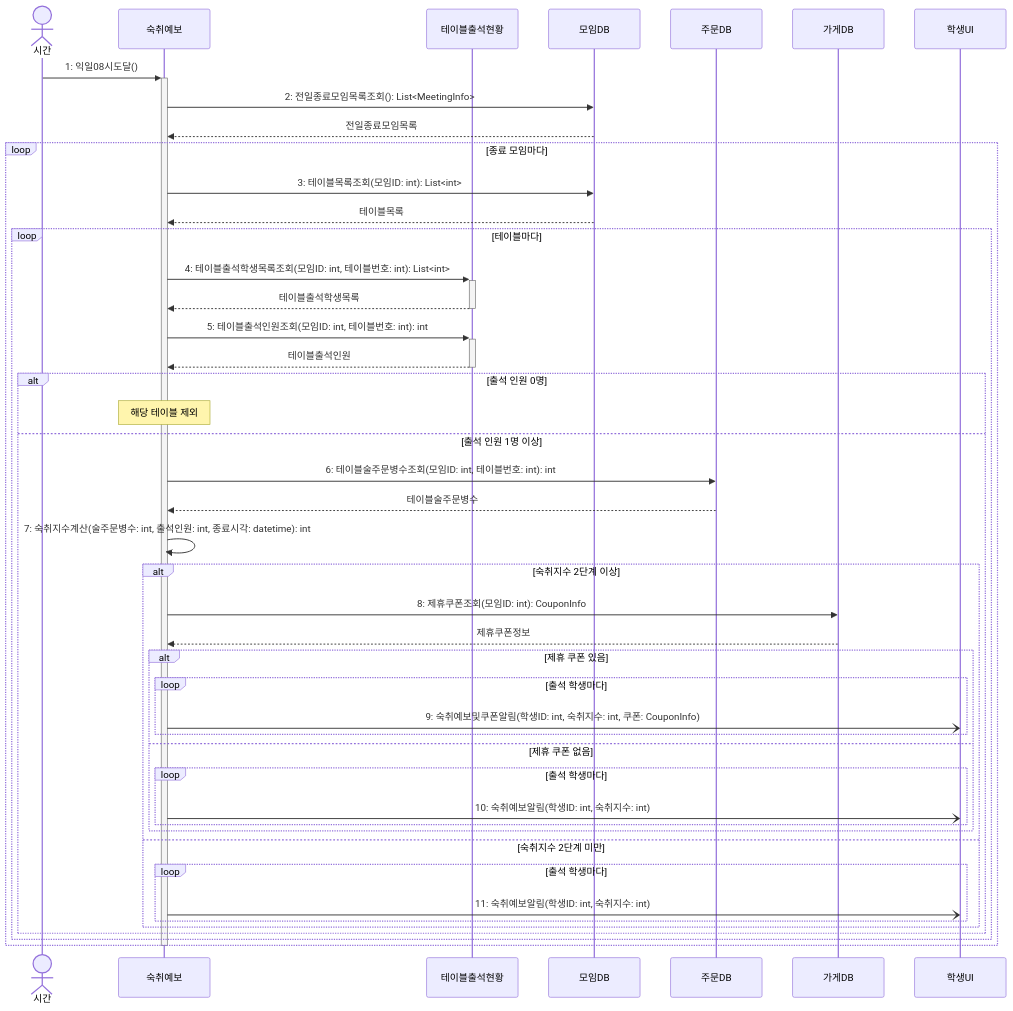
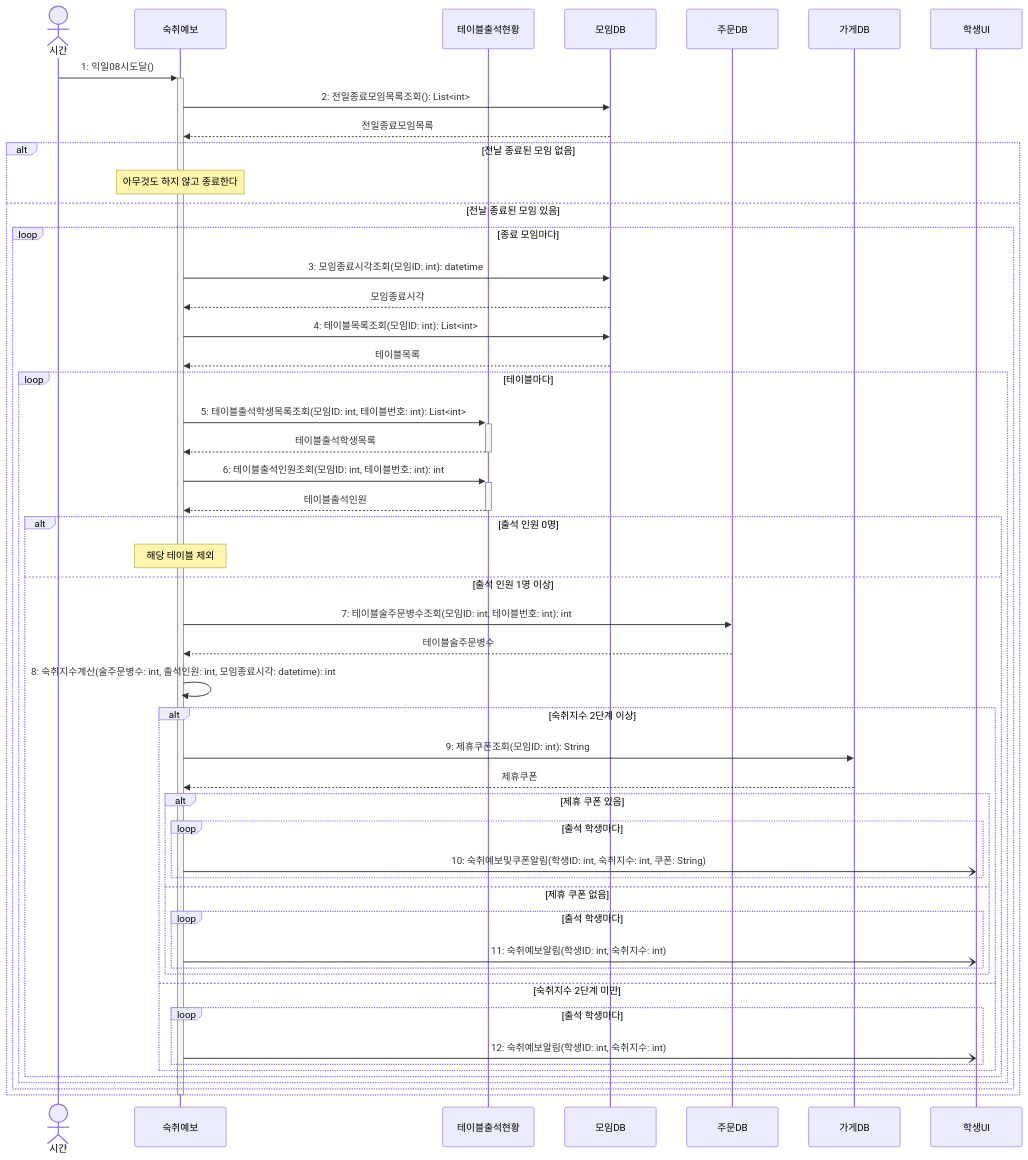
Before and after one commit to hojae3/sw-engineering-16: the diagram in sequence/seq-19.md, drawn with Mermaid. The commit also changed other lines of this file and 29 other files, not shown here.

````diff
--- a/sequence/seq-19.md
+++ b/sequence/seq-19.md
@@ -25,50 +25,56 @@
 ```mermaid
 sequenceDiagram
     actor 시간
     participant 예보 as 숙취예보
     participant 현황 as 테이블출석현황
     participant 모임DB as 모임DB
     participant 주문DB as 주문DB
     participant 가게DB as 가게DB
     participant 학생UI as 학생UI
 
     시간->>+예보: 1: 익일08시도달()
-    예보->>모임DB: 2: 전일종료모임목록조회(): List<MeetingInfo>
+    예보->>모임DB: 2: 전일종료모임목록조회(): List<int>
     모임DB-->>예보: 전일종료모임목록
-    
-    loop 종료 모임마다
-        예보->>모임DB: 3: 테이블목록조회(모임ID: int): List<int>
-        모임DB-->>예보: 테이블목록
-        loop 테이블마다
-            예보->>+현황: 4: 테이블출석학생목록조회(모임ID: int, 테이블번호: int): List<int>
-            현황-->>-예보: 테이블출석학생목록
-            예보->>+현황: 5: 테이블출석인원조회(모임ID: int, 테이블번호: int): int
-            현황-->>-예보: 테이블출석인원
-            alt 출석 인원 0명
-                Note over 예보: 해당 테이블 제외
-            else 출석 인원 1명 이상
-                예보->>주문DB: 6: 테이블술주문병수조회(모임ID: int, 테이블번호: int): int
-                주문DB-->>예보: 테이블술주문병수
-                예보->>예보: 7: 숙취지수계산(술주문병수: int, 출석인원: int, 종료시각: datetime): int
-                alt 숙취지수 2단계 이상
-                    예보->>가게DB: 8: 제휴쿠폰조회(모임ID: int): CouponInfo
-                    가게DB-->>예보: 제휴쿠폰정보
-                    alt 제휴 쿠폰 있음
+
+    alt 전날 종료된 모임 없음
+        Note over 예보: 아무것도 하지 않고 종료한다
+    else 전날 종료된 모임 있음
+        loop 종료 모임마다
+            예보->>모임DB: 3: 모임종료시각조회(모임ID: int): datetime
+            모임DB-->>예보: 모임종료시각
+            예보->>모임DB: 4: 테이블목록조회(모임ID: int): List<int>
+            모임DB-->>예보: 테이블목록
+            loop 테이블마다
+                예보->>+현황: 5: 테이블출석학생목록조회(모임ID: int, 테이블번호: int): List<int>
+                현황-->>-예보: 테이블출석학생목록
+                예보->>+현황: 6: 테이블출석인원조회(모임ID: int, 테이블번호: int): int
+                현황-->>-예보: 테이블출석인원
+                alt 출석 인원 0명
+                    Note over 예보: 해당 테이블 제외
+                else 출석 인원 1명 이상
+                    예보->>주문DB: 7: 테이블술주문병수조회(모임ID: int, 테이블번호: int): int
+                    주문DB-->>예보: 테이블술주문병수
+                    예보->>예보: 8: 숙취지수계산(술주문병수: int, 출석인원: int, 모임종료시각: datetime): int
+                    alt 숙취지수 2단계 이상
+                        예보->>가게DB: 9: 제휴쿠폰조회(모임ID: int): String
+                        가게DB-->>예보: 제휴쿠폰
+                        alt 제휴 쿠폰 있음
+                            loop 출석 학생마다
+                                예보-)학생UI: 10: 숙취예보및쿠폰알림(학생ID: int, 숙취지수: int, 쿠폰: String)
+                            end
+                        else 제휴 쿠폰 없음
+                            loop 출석 학생마다
+                                예보-)학생UI: 11: 숙취예보알림(학생ID: int, 숙취지수: int)
+                            end
+                        end
+                    else 숙취지수 2단계 미만
                         loop 출석 학생마다
-                            예보-)학생UI: 9: 숙취예보및쿠폰알림(학생ID: int, 숙취지수: int, 쿠폰: CouponInfo)
+                            예보-)학생UI: 12: 숙취예보알림(학생ID: int, 숙취지수: int)
                         end
-                    else 제휴 쿠폰 없음
-                        loop 출석 학생마다
-                            예보-)학생UI: 10: 숙취예보알림(학생ID: int, 숙취지수: int)
-                        end
-                    end
-                else 숙취지수 2단계 미만
-                    loop 출석 학생마다
-                        예보-)학생UI: 11: 숙취예보알림(학생ID: int, 숙취지수: int)
                     end
                 end
             end
         end
     end
     deactivate 예보
 ```
````
